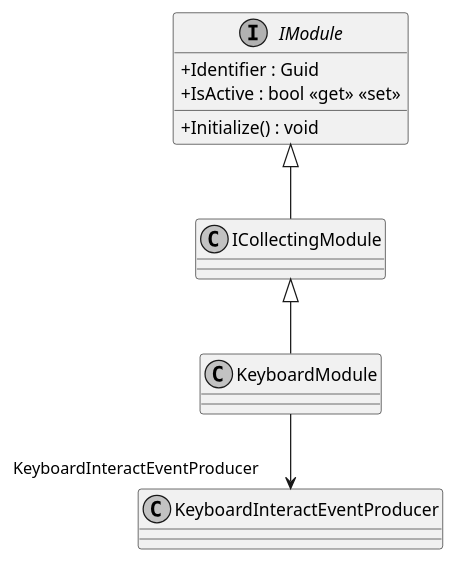
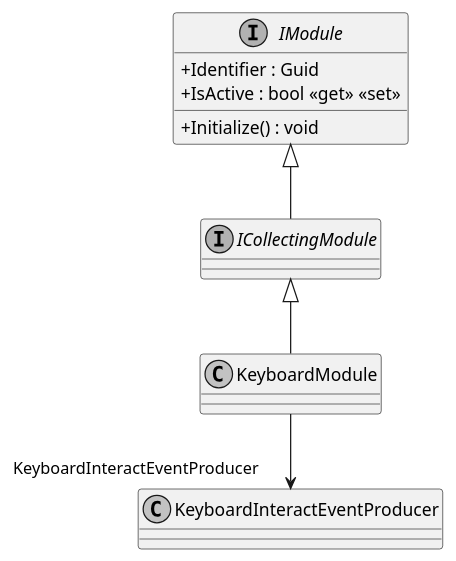
Before and after one commit to insightmind/MORR: the diagram in documents/sd/plantuml/application/Modules/Keyboard/KeyboardModule.puml, drawn with PlantUML. The commit also changed 6 other files, not shown here.

Commit message:
Add interface declaration in module puml files

```diff
--- a/documents/sd/plantuml/application/Modules/Keyboard/KeyboardModule.puml
+++ b/documents/sd/plantuml/application/Modules/Keyboard/KeyboardModule.puml
@@ -1,18 +1,18 @@
 @startuml
 skinparam monochrome true
 skinparam classAttributeIconSize 0
 
 class KeyboardModule {
 }
-
+interface ICollectingModule
 ICollectingModule <|-- KeyboardModule
 
 interface IModule {
     + Identifier : Guid
     + IsActive : bool <<get>> <<set>>
     + Initialize() : void
 }
 
 IModule <|-- ICollectingModule
 KeyboardModule --> "  KeyboardInteractEventProducer" KeyboardInteractEventProducer
 @enduml
```
